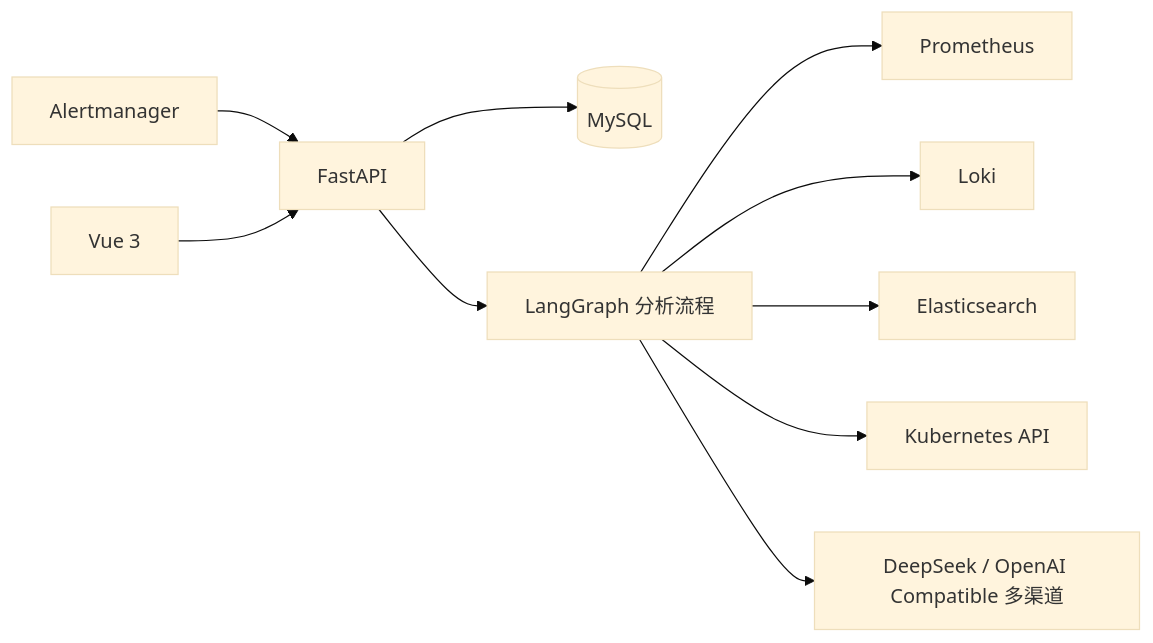
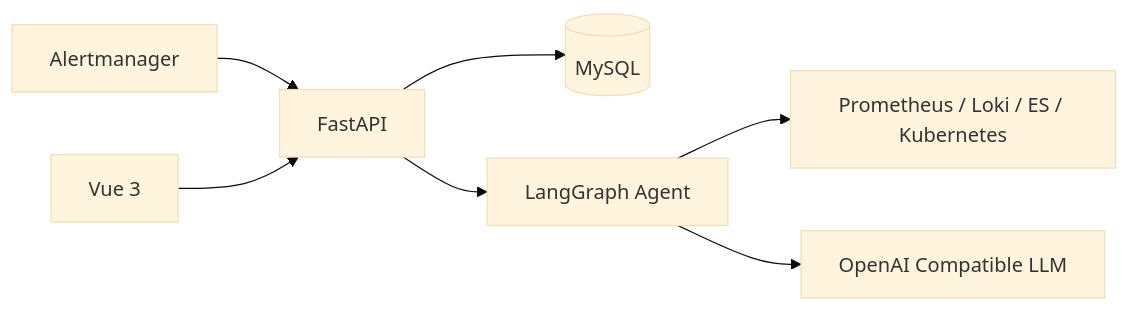
One commit to timmy1688/YiOps changed the diagram in README.md. Above: the diagram before and after it, drawn with Mermaid (base theme). The commit also changed other lines of this file and 11 other files, not shown here.

````diff
--- a/README.md
+++ b/README.md
@@ -71,12 +44,9 @@
 ```mermaid
 flowchart LR
     AM[Alertmanager] --> API[FastAPI]
     UI[Vue 3] --> API
     API --> DB[(MySQL)]
-    API --> AGENT[LangGraph 分析流程]
-    AGENT --> PROM[Prometheus]
-    AGENT --> LOKI[Loki]
-    AGENT --> ES[Elasticsearch]
-    AGENT --> K8S[Kubernetes API]
-    AGENT --> LLM[DeepSeek / OpenAI Compatible 多渠道]
+    API --> AGENT[LangGraph Agent]
+    AGENT --> DATA[Prometheus / Loki / ES / Kubernetes]
+    AGENT --> LLM[OpenAI Compatible LLM]
 ```
````
